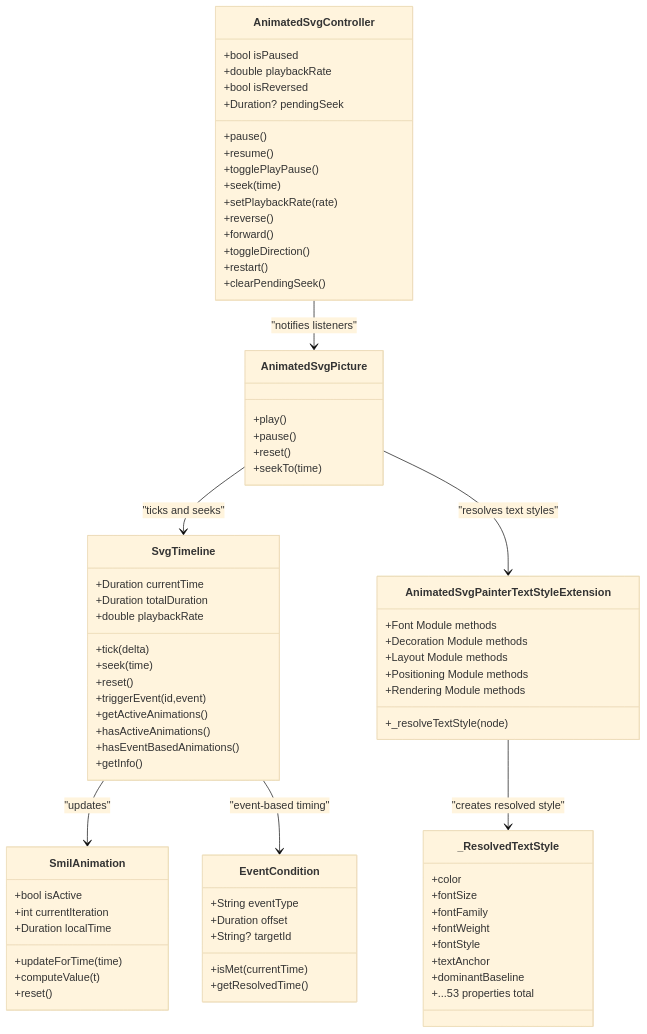
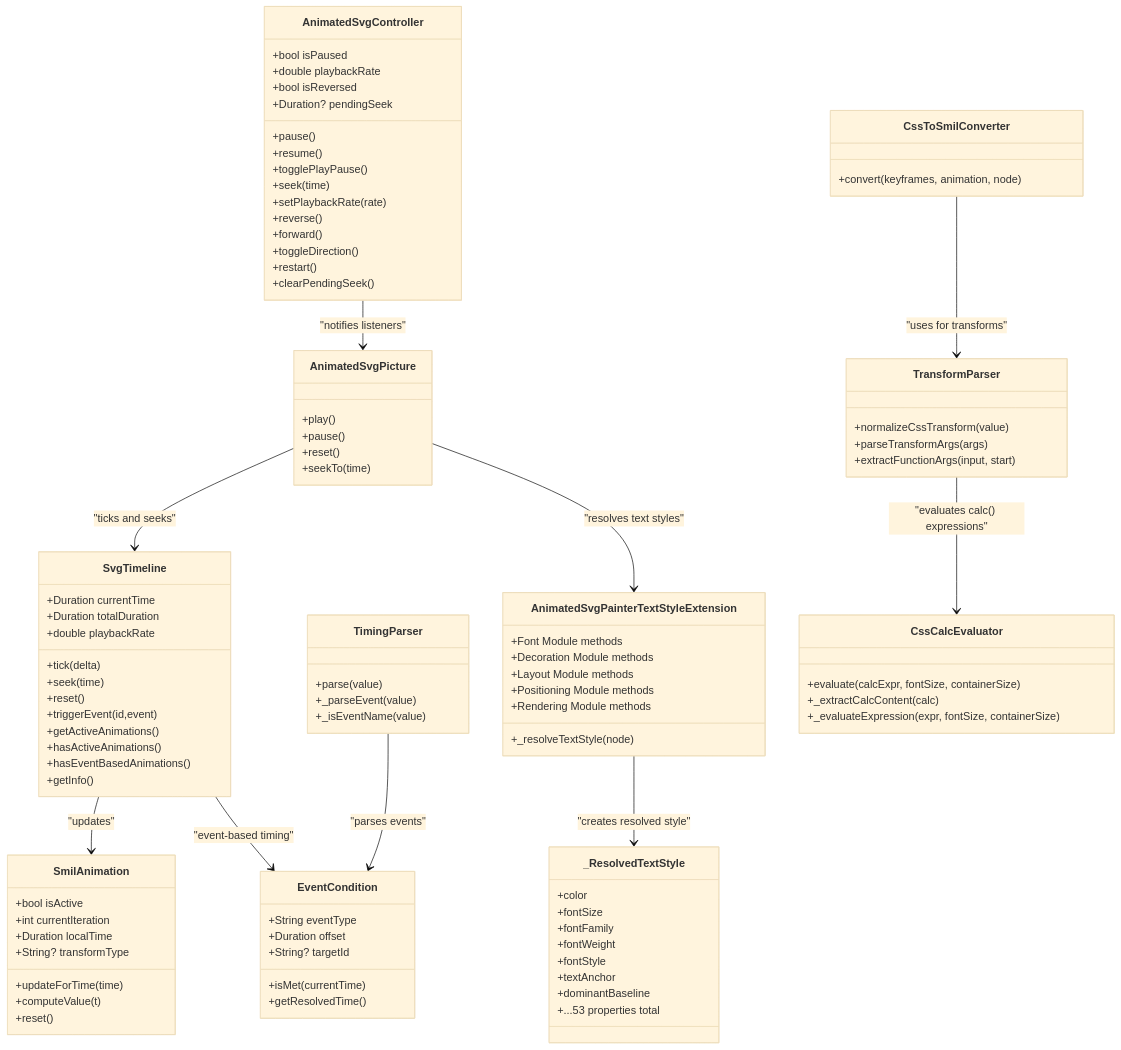
The fourth of 4 diagrams in .qoder/repowiki/en/content/API Reference/Animation APIs.md (denisnadey/flutter_full_svg_support), drawn with Mermaid (base theme) before and after one commit. The commit also changed other lines of this file and 40 other files, not shown here.

First line of the commit message:
feat(animation): enhance transform processing and event-driven animation system

````diff
--- a/.qoder/repowiki/en/content/API Reference/Animation APIs.md
+++ b/.qoder/repowiki/en/content/API Reference/Animation APIs.md
@@ -446,6 +526,7 @@
 +bool isActive
 +int currentIteration
 +Duration localTime
++String? transformType
 +updateForTime(time)
 +computeValue(t)
 +reset()
@@ -456,6 +537,24 @@
 +String? targetId
 +isMet(currentTime)
 +getResolvedTime()
+}
+class TimingParser {
++parse(value)
++_parseEvent(value)
++_isEventName(value)
+}
+class CssToSmilConverter {
++convert(keyframes, animation, node)
+}
+class TransformParser {
++normalizeCssTransform(value)
++parseTransformArgs(args)
++extractFunctionArgs(input, start)
+}
+class CssCalcEvaluator {
++evaluate(calcExpr, fontSize, containerSize)
++_extractCalcContent(calc)
++_evaluateExpression(expr, fontSize, containerSize)
 }
 class AnimatedSvgPainterTextStyleExtension {
 +_resolveTextStyle(node)
@@ -481,4 +580,7 @@
 AnimatedSvgPainterTextStyleExtension --> _ResolvedTextStyle : "creates resolved style"
 SvgTimeline --> SmilAnimation : "updates"
 SvgTimeline --> EventCondition : "event-based timing"
+TimingParser --> EventCondition : "parses events"
+CssToSmilConverter --> TransformParser : "uses for transforms"
+TransformParser --> CssCalcEvaluator : "evaluates calc() expressions"
 ```
````
